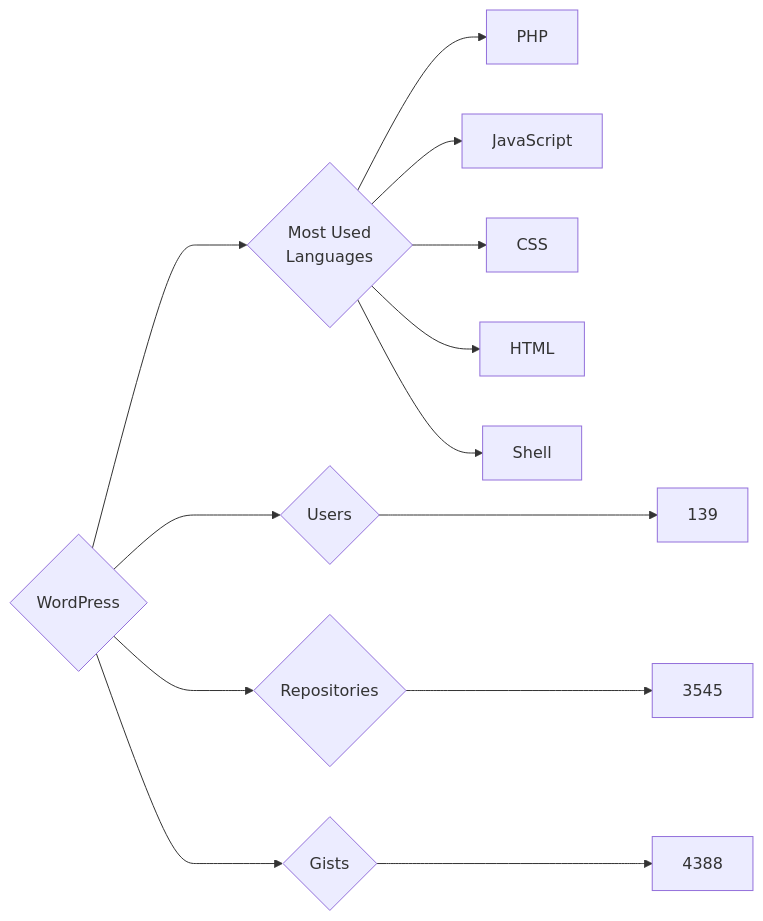
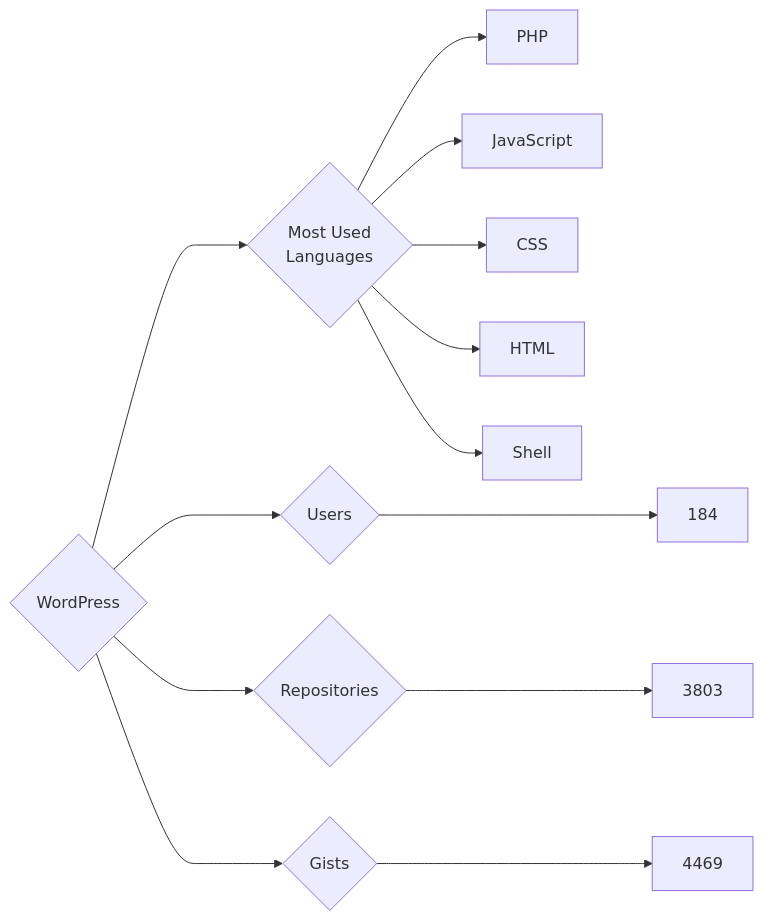
The diagram in targets/WordPress/README.md (trickest/insiders), drawn with Mermaid before and after one commit. The commit also changed 728 other files, not shown here.

````diff
--- a/targets/WordPress/README.md
+++ b/targets/WordPress/README.md
@@ -3,13 +3,13 @@
 ```mermaid
 graph LR
 COMPANY_NAME{WordPress}
-COMPANY_NAME ---> U{Users} ---> UN[139]
-COMPANY_NAME ---> R{Repositories} ---> RN[3545]
-COMPANY_NAME ---> G{Gists} ---> GN[4388]
+COMPANY_NAME ---> U{Users} ---> UN[184]
+COMPANY_NAME ---> R{Repositories} ---> RN[3803]
+COMPANY_NAME ---> G{Gists} ---> GN[4469]
 COMPANY_NAME ---> ML{Most Used<br>Languages}
 ML --> PHP[PHP]
 ML --> JavaScript[JavaScript]
 ML --> CSS[CSS]
 ML --> HTML[HTML]
 ML --> Shell[Shell]
 ```
````
